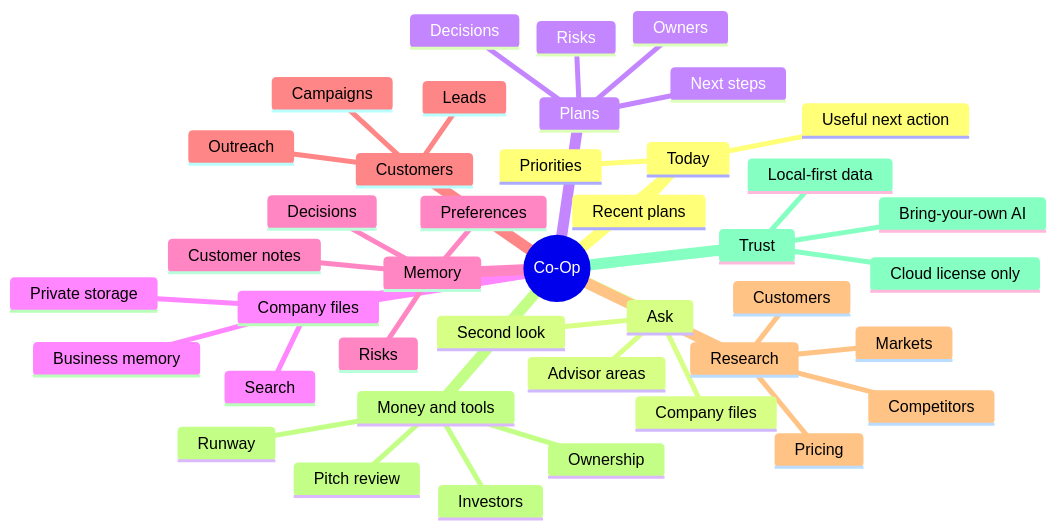
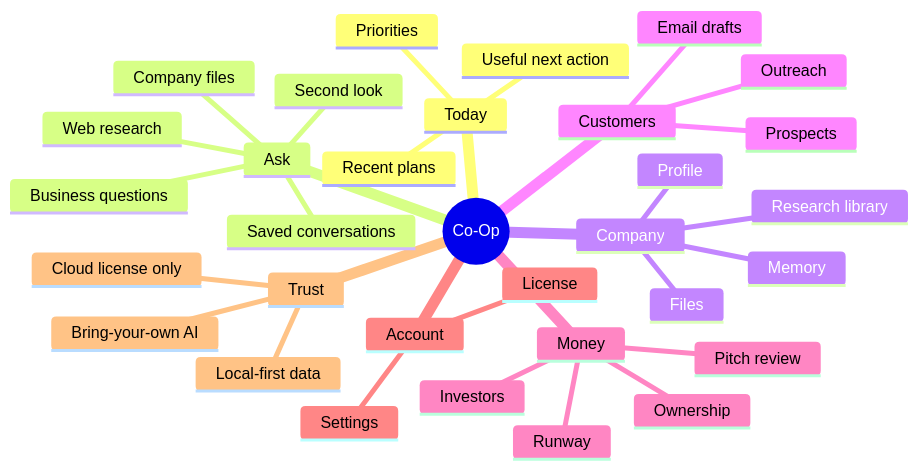
Before and after one commit to Afnanksalal/co-op: the second of 2 diagrams in docs/PRODUCT_POSITIONING.md, drawn with Mermaid. The commit also changed other lines of this file and 33 other files, not shown here.

````diff
--- a/docs/PRODUCT_POSITIONING.md
+++ b/docs/PRODUCT_POSITIONING.md
@@ -113,44 +120,35 @@
 ```mermaid
 mindmap
   root((Co-Op))
     Today
       Priorities
       Recent plans
       Useful next action
     Ask
-      Advisor areas
+      Business questions
       Company files
+      Web research
       Second look
-    Plans
-      Decisions
-      Risks
-      Owners
-      Next steps
-    Company files
-      Private storage
-      Search
-      Business memory
-    Memory
-      Decisions
-      Preferences
-      Risks
-      Customer notes
+      Saved conversations
+    Company
+      Profile
+      Files
+      Memory
+      Research library
     Customers
-      Leads
+      Prospects
       Outreach
-      Campaigns
-    Research
-      Markets
-      Competitors
-      Customers
-      Pricing
-    Money and tools
+      Email drafts
+    Money
       Runway
       Pitch review
       Ownership
       Investors
+    Account
+      Settings
+      License
     Trust
       Local-first data
       Bring-your-own AI
       Cloud license only
 ```
````
